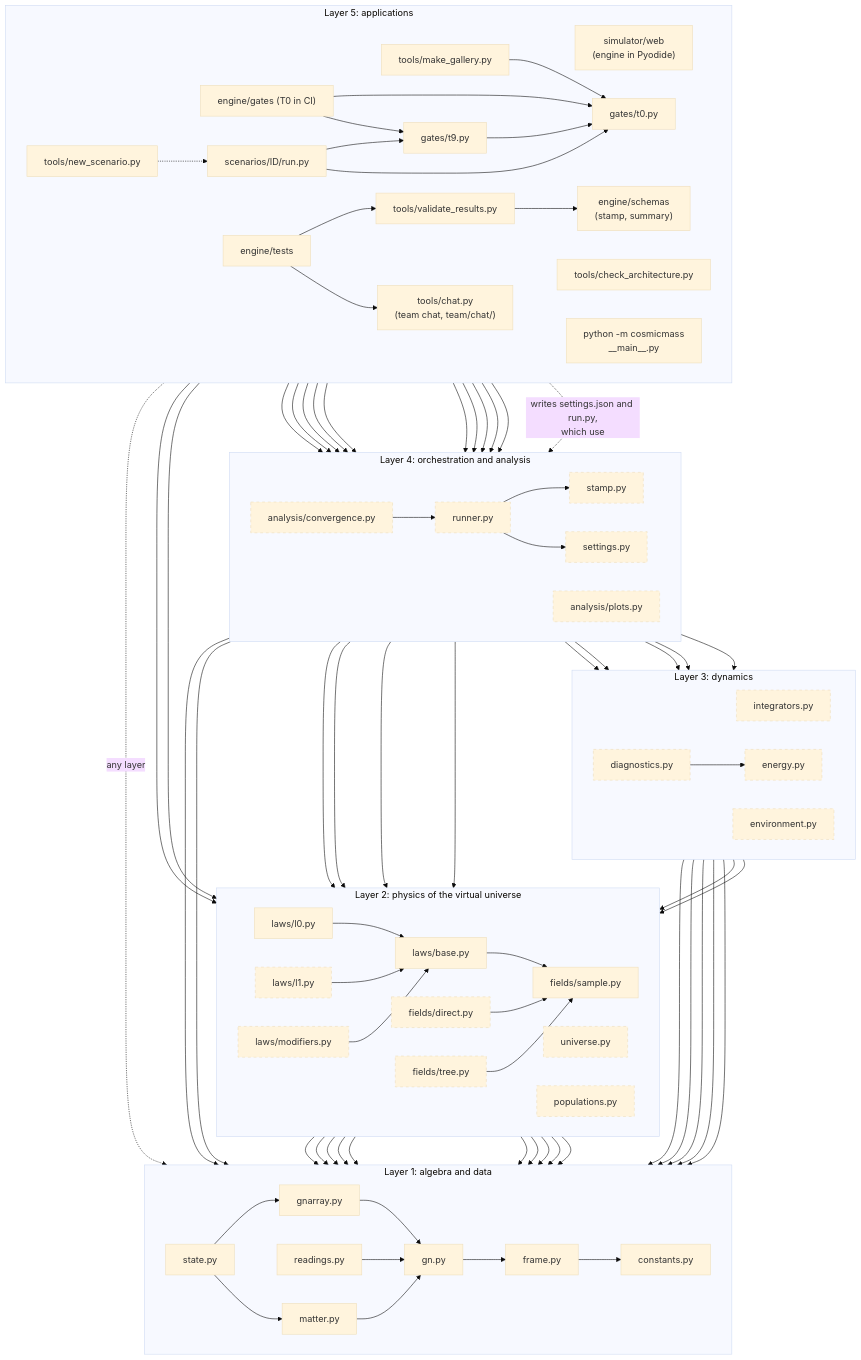
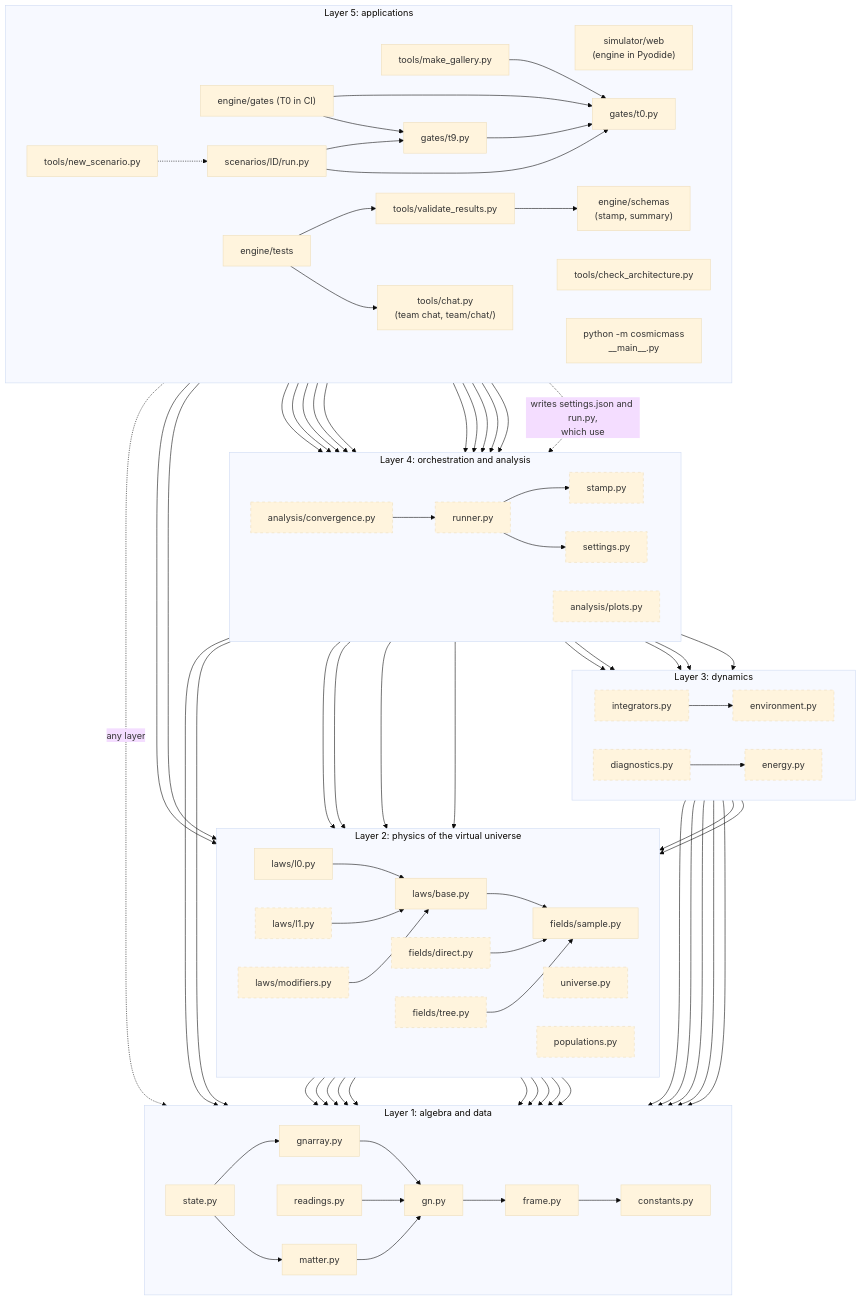
Before and after one commit to isaacmindx-collab/cosmic-mass-lab: the second of 8 diagrams in ARCHITECTURE.md, drawn with Mermaid (base theme). The commit also changed other lines of this file and 9 other files, not shown here.

Commit message:
E4.4 part B: L4 directions, L6 moving bodies, L8 screened range (Debye length); tests; ARCHITECTURE.md (D18)

```diff
--- a/ARCHITECTURE.md
+++ b/ARCHITECTURE.md
@@ -235,6 +235,7 @@
     convergence --> runner
     plots --> diagnostics
     integrators --> fields
+    integrators --> environment
     integrators --> lawbase
     integrators --> state
     settings --> environment
```
